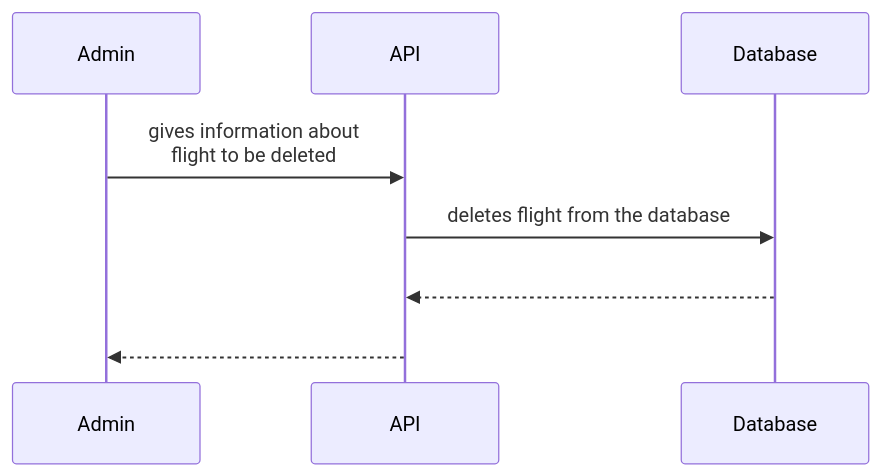
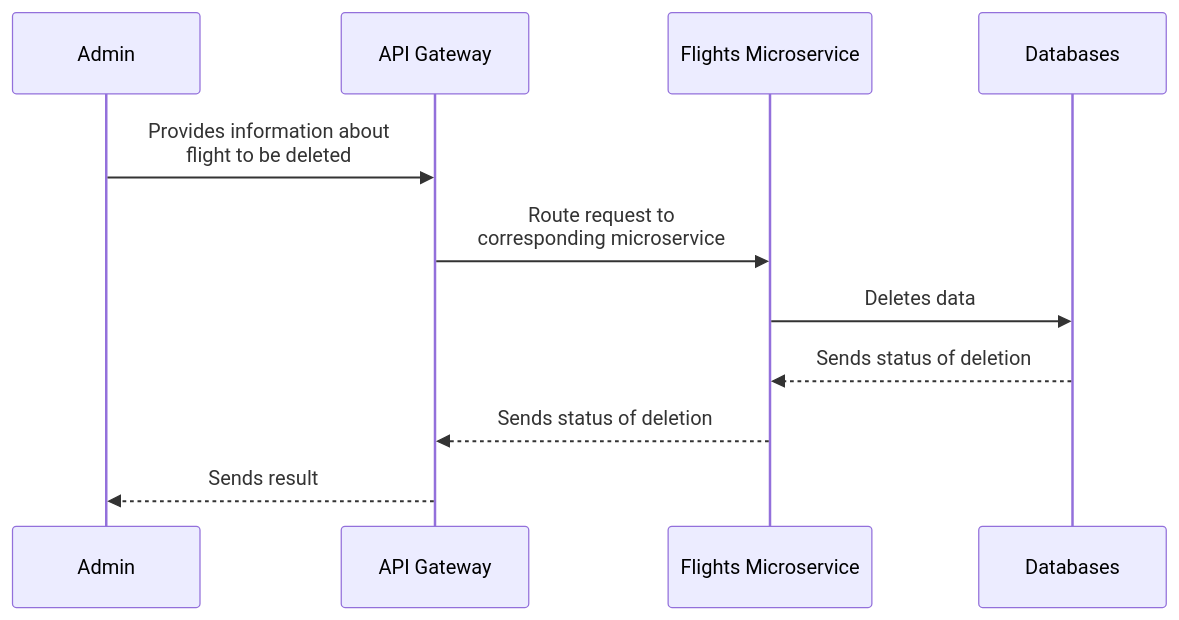
Before and after one commit to selous1/FlightsData: the seventh of 7 diagrams in proj-information.md, drawn with Mermaid. The commit also changed other lines of this file, not shown here.

Commit message:
Update use cases - Add microservices to use case diagrams - Update certain endpoints - Remove redundancy

````diff
--- a/proj-information.md
+++ b/proj-information.md
@@ -336,10 +152,12 @@
 ```mermaid
 
 sequenceDiagram
 
-  Admin->>API: gives information about <br> flight to be deleted
-	API->>Database: deletes flight from the database
-	Database-->>API: ㅤ 
-  API-->>Admin: ㅤ
+  Admin->>API Gateway: Provides information about <br> flight to be deleted
+	API Gateway->>Flights Microservice: Route request to <br> corresponding microservice
+  Flights Microservice->>Databases: Deletes data
+	Databases-->>Flights Microservice: Sends status of deletion
+  Flights Microservice-->>API Gateway: Sends status of deletion
+  API Gateway-->>Admin: Sends resultㅤ
 
 ```
````
